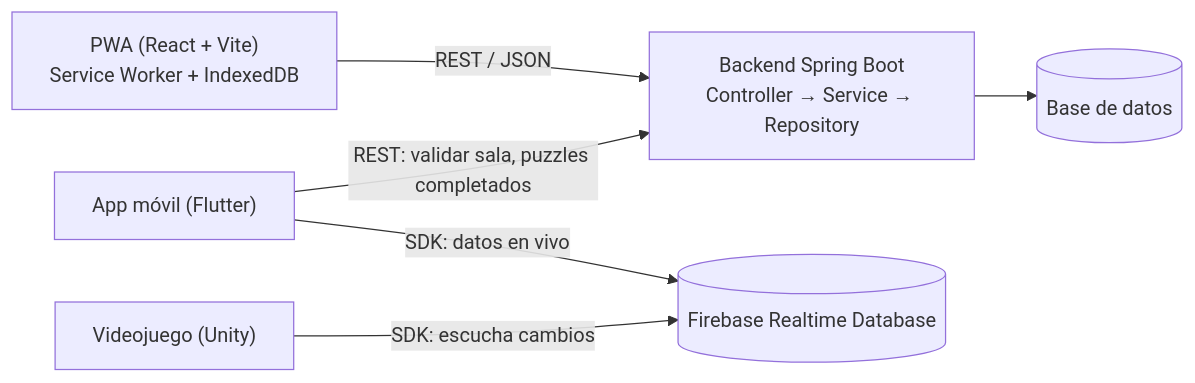
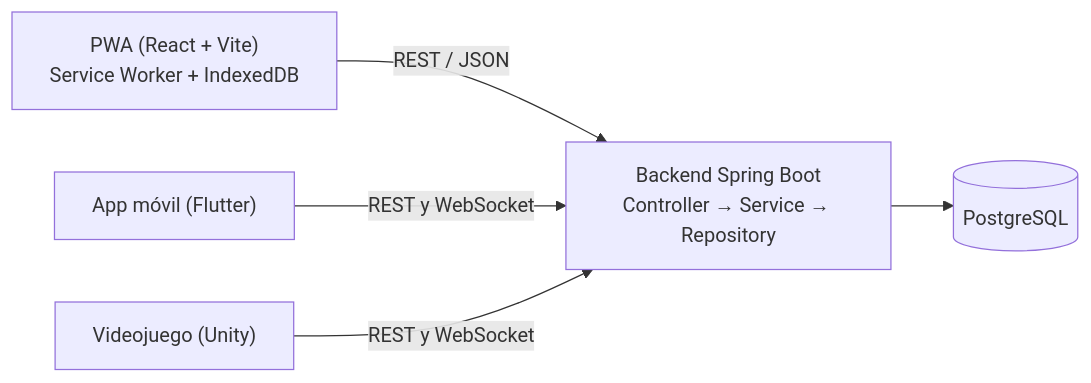
Before and after one commit to AiltonMV/vestigia-pwa: the first of 5 diagrams in README.md, drawn with Mermaid. The commit also changed other lines of this file, not shown here.

Commit message:
New: README actualizado con las pantallas, la API v1, el Service Worker y la cola offline reales

````diff
--- a/README.md
+++ b/README.md
@@ -24,15 +25,13 @@
 ```mermaid
 flowchart LR
     PWA["PWA (React + Vite)<br/>Service Worker + IndexedDB"]
     API["Backend Spring Boot<br/>Controller → Service → Repository"]
-    DB[("Base de datos")]
+    DB[("PostgreSQL")]
     CEL["App móvil (Flutter)"]
-    FB[("Firebase Realtime Database")]
     UNI["Videojuego (Unity)"]
 
     PWA -- "REST / JSON" --> API
     API --> DB
-    CEL -- "REST: validar sala, puzzles completados" --> API
-    CEL -- "SDK: datos en vivo" --> FB
-    UNI -- "SDK: escucha cambios" --> FB
+    CEL -- "REST y WebSocket" --> API
+    UNI -- "REST y WebSocket" --> API
 ```
````
